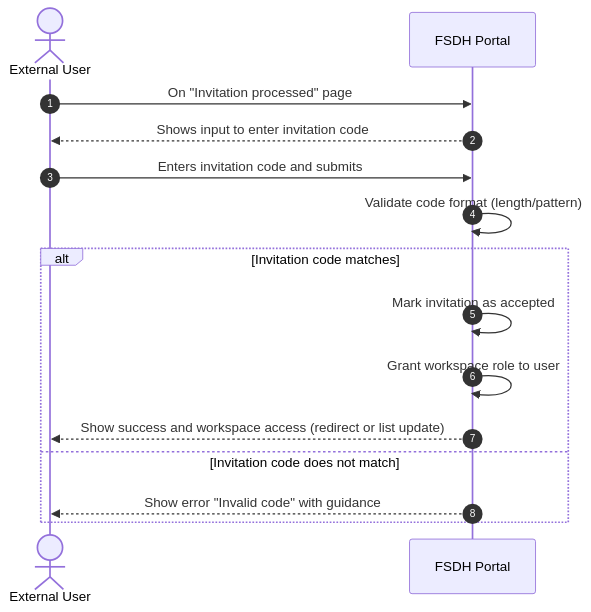
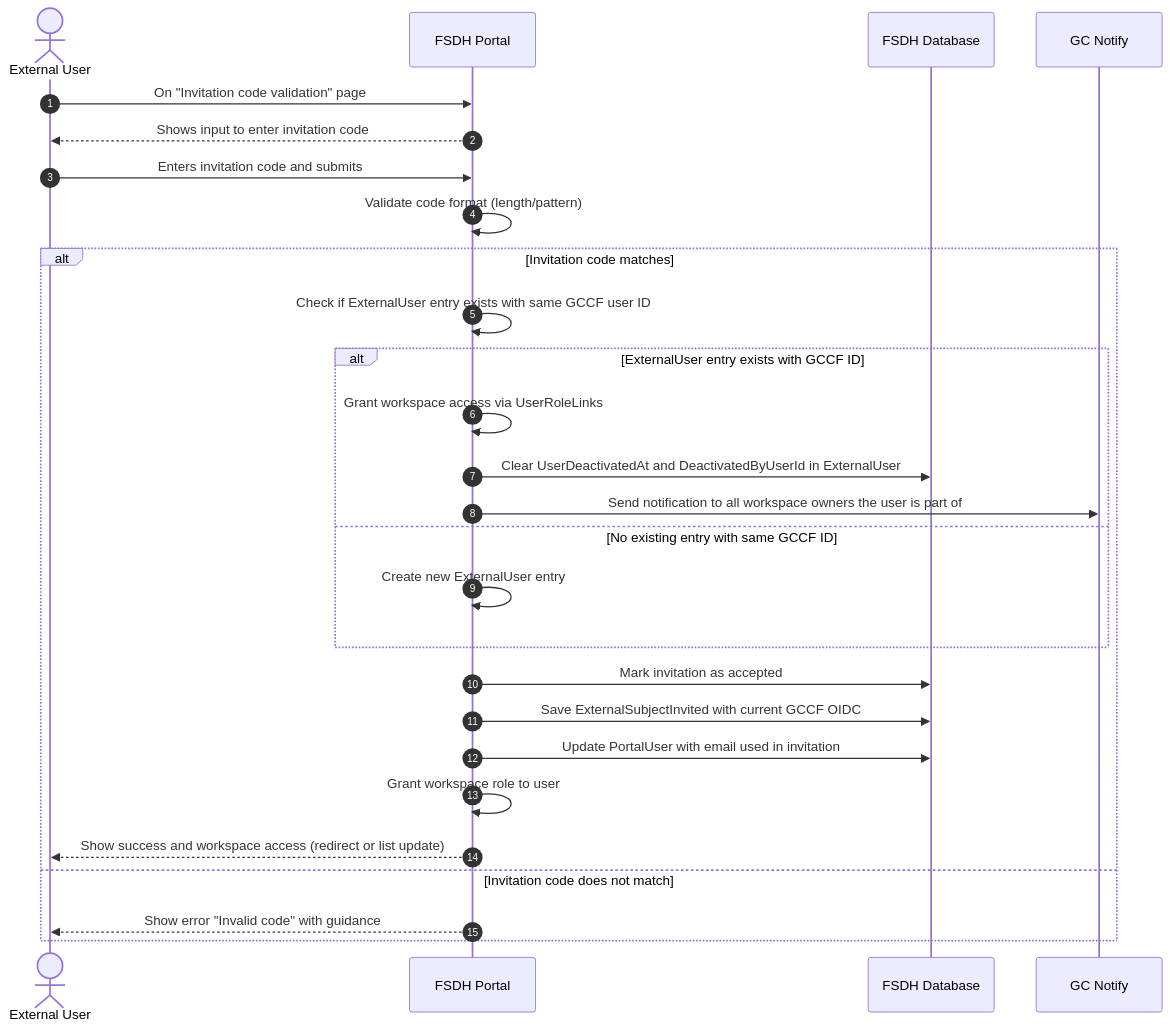
The seventh of 12 diagrams in DeveloperGuide/GCCF/AuthenticationFlows.md (ssc-sp/datahub-docs), drawn with Mermaid before and after one commit. The commit also changed other lines of this file and 2 other files, not shown here.

````diff
--- a/DeveloperGuide/GCCF/AuthenticationFlows.md
+++ b/DeveloperGuide/GCCF/AuthenticationFlows.md
@@ -216,18 +222,30 @@
 ```mermaid
 sequenceDiagram
     actor User as External User
     participant FSDH as FSDH Portal
+    participant DB as FSDH Database
+    participant GCNotify as GC Notify
 
     autonumber
-    User->>FSDH: On "Invitation processed" page
+    User->>FSDH: On "Invitation code validation" page    
     FSDH-->>User: Shows input to enter invitation code
     User->>FSDH: Enters invitation code and submits
     FSDH->>FSDH: Validate code format (length/pattern)
     alt Invitation code matches
-        FSDH->>FSDH: Mark invitation as accepted
+        FSDH->>FSDH: Check if ExternalUser entry exists with same GCCF user ID
+        alt ExternalUser entry exists with GCCF ID
+            FSDH->>FSDH: Grant workspace access via UserRoleLinks
+            FSDH->>DB: Clear UserDeactivatedAt and DeactivatedByUserId in ExternalUser
+            FSDH->>GCNotify: Send notification to all workspace owners the user is part of
+        else No existing entry with same GCCF ID
+            FSDH->>FSDH: Create new ExternalUser entry
+        end    
+        FSDH->>DB: Mark invitation as accepted
+        FSDH->>DB: Save ExternalSubjectInvited with current GCCF OIDC
+        FSDH->>DB: Update PortalUser with email used in invitation
         FSDH->>FSDH: Grant workspace role to user
         FSDH-->>User: Show success and workspace access (redirect or list update)
     else Invitation code does not match
         FSDH-->>User: Show error "Invalid code" with guidance
     end
 ```
````
